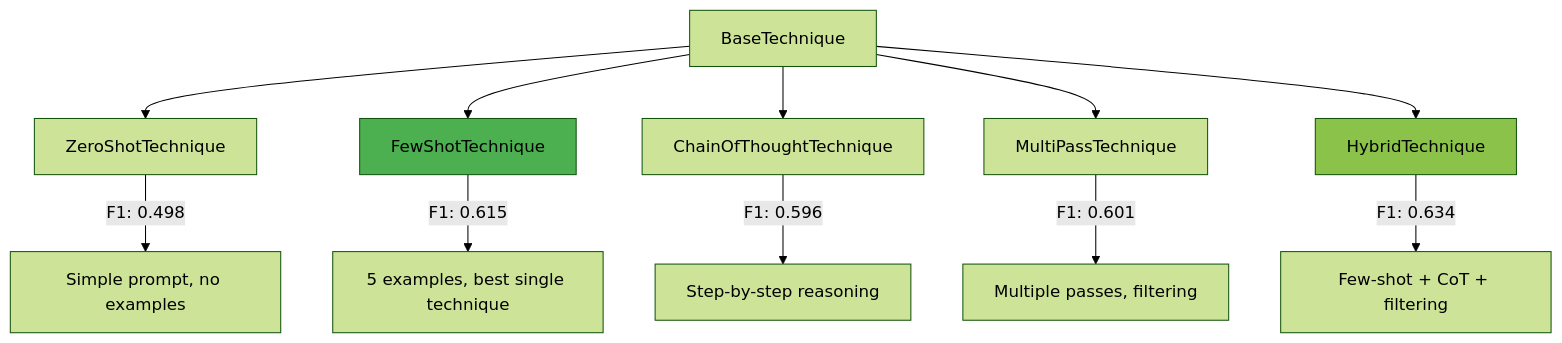
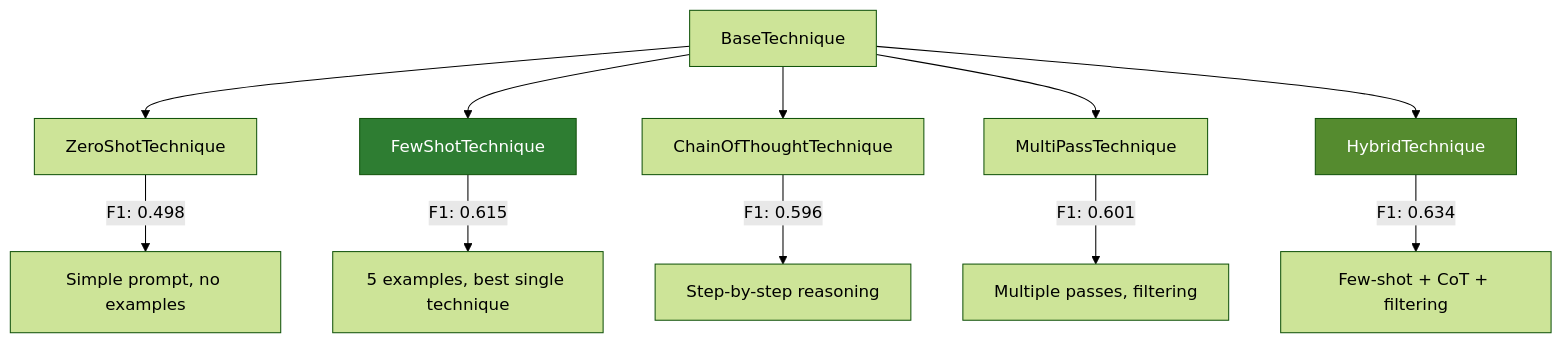
Before and after one commit to ApeachM/llm-code-reviewer: the fourth of 9 diagrams in docs/architecture/overview.md, drawn with Mermaid (forest theme). The commit also changed other lines of this file and 2 other files, not shown here.

First line of the commit message:
docs: Update Mermaid diagram colors for improved dark theme readability

````diff
--- a/docs/architecture/overview.md
+++ b/docs/architecture/overview.md
@@ -202,18 +202,18 @@
 ```mermaid
 graph TB
     Base[BaseTechnique]
     Base --> ZS[ZeroShotTechnique]
     Base --> FS[FewShotTechnique]
     Base --> CoT[ChainOfThoughtTechnique]
     Base --> MP[MultiPassTechnique]
     Base --> Hybrid[HybridTechnique]
 
     ZS --> |F1: 0.498| ZSDesc[Simple prompt, no examples]
     FS --> |F1: 0.615| FSDesc[5 examples, best single technique]
     CoT --> |F1: 0.596| CoTDesc[Step-by-step reasoning]
     MP --> |F1: 0.601| MPDesc[Multiple passes, filtering]
     Hybrid --> |F1: 0.634| HybridDesc[Few-shot + CoT + filtering]
 
-    style FS fill:#4caf50
-    style Hybrid fill:#8bc34a
+    style FS fill:#2e7d32,color:#fff
+    style Hybrid fill:#558b2f,color:#fff
 ```
````
